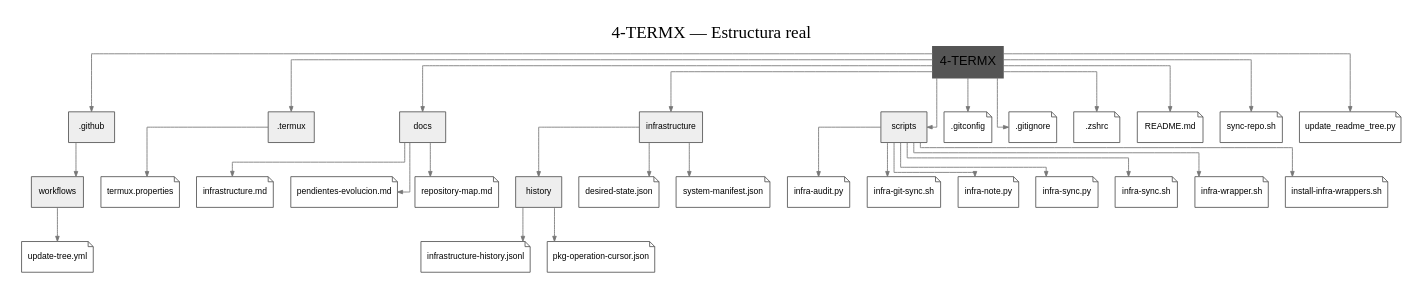
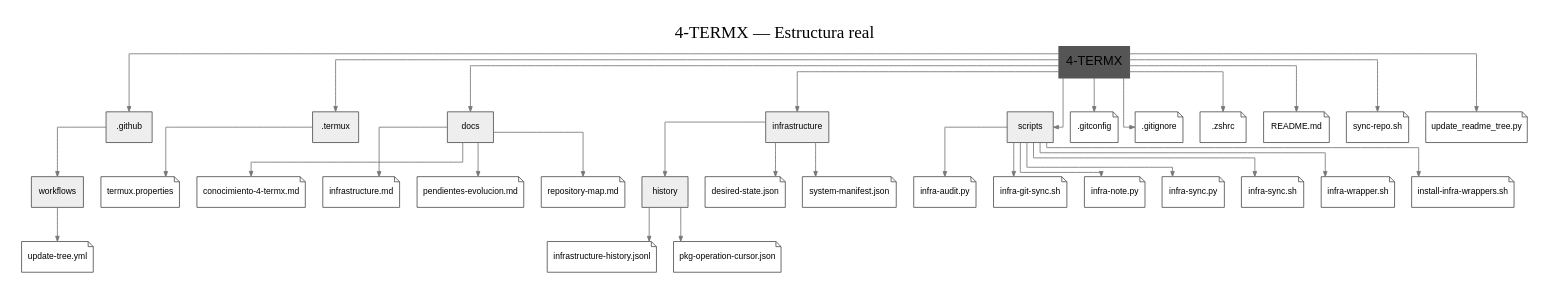
The diagram in docs/repository-structure.dot (benstellasanti/4-TERMX), drawn with Graphviz before and after one commit. The commit also changed 5 other files, not shown here.

```diff
--- a/docs/repository-structure.dot
+++ b/docs/repository-structure.dot
@@ -1,64 +1,66 @@
 digraph RepositoryStructure {
   graph [rankdir=TB, bgcolor="white", pad="0.25", nodesep="0.28", ranksep="0.55", splines=ortho, label="4-TERMX — Estructura real", labelloc=t, fontsize=20];
   node [fontname="Arial", fontsize=10, style="filled", color="#555555"];
   edge [color="#777777", arrowsize=0.6];
   root [label="4-TERMX", shape=box, style="filled,bold", fontsize=15];
   n__github [label=".github", shape=box, fillcolor="#eeeeee"];
   n__termux [label=".termux", shape=box, fillcolor="#eeeeee"];
   n_docs [label="docs", shape=box, fillcolor="#eeeeee"];
   n_infrastructure [label="infrastructure", shape=box, fillcolor="#eeeeee"];
   n_scripts [label="scripts", shape=box, fillcolor="#eeeeee"];
   n__github_workflows [label="workflows", shape=box, fillcolor="#eeeeee"];
   n_infrastructure_history [label="history", shape=box, fillcolor="#eeeeee"];
   n__gitconfig [label=".gitconfig", shape=note, fillcolor="white"];
   root -> n__gitconfig;
   n__github_workflows_update_tree_yml [label="update-tree.yml", shape=note, fillcolor="white"];
   n__github_workflows -> n__github_workflows_update_tree_yml;
   n__gitignore [label=".gitignore", shape=note, fillcolor="white"];
   root -> n__gitignore;
   n__termux_termux_properties [label="termux.properties", shape=note, fillcolor="white"];
   n__termux -> n__termux_termux_properties;
   n__zshrc [label=".zshrc", shape=note, fillcolor="white"];
   root -> n__zshrc;
   n_README_md [label="README.md", shape=note, fillcolor="white"];
   root -> n_README_md;
+  n_docs_conocimiento_4_termx_md [label="conocimiento-4-termx.md", shape=note, fillcolor="white"];
+  n_docs -> n_docs_conocimiento_4_termx_md;
   n_docs_infrastructure_md [label="infrastructure.md", shape=note, fillcolor="white"];
   n_docs -> n_docs_infrastructure_md;
   n_docs_pendientes_evolucion_md [label="pendientes-evolucion.md", shape=note, fillcolor="white"];
   n_docs -> n_docs_pendientes_evolucion_md;
   n_docs_repository_map_md [label="repository-map.md", shape=note, fillcolor="white"];
   n_docs -> n_docs_repository_map_md;
   n_infrastructure_desired_state_json [label="desired-state.json", shape=note, fillcolor="white"];
   n_infrastructure -> n_infrastructure_desired_state_json;
   n_infrastructure_history_infrastructure_history_jsonl [label="infrastructure-history.jsonl", shape=note, fillcolor="white"];
   n_infrastructure_history -> n_infrastructure_history_infrastructure_history_jsonl;
   n_infrastructure_history_pkg_operation_cursor_json [label="pkg-operation-cursor.json", shape=note, fillcolor="white"];
   n_infrastructure_history -> n_infrastructure_history_pkg_operation_cursor_json;
   n_infrastructure_system_manifest_json [label="system-manifest.json", shape=note, fillcolor="white"];
   n_infrastructure -> n_infrastructure_system_manifest_json;
   n_scripts_infra_audit_py [label="infra-audit.py", shape=note, fillcolor="white"];
   n_scripts -> n_scripts_infra_audit_py;
   n_scripts_infra_git_sync_sh [label="infra-git-sync.sh", shape=note, fillcolor="white"];
   n_scripts -> n_scripts_infra_git_sync_sh;
   n_scripts_infra_note_py [label="infra-note.py", shape=note, fillcolor="white"];
   n_scripts -> n_scripts_infra_note_py;
   n_scripts_infra_sync_py [label="infra-sync.py", shape=note, fillcolor="white"];
   n_scripts -> n_scripts_infra_sync_py;
   n_scripts_infra_sync_sh [label="infra-sync.sh", shape=note, fillcolor="white"];
   n_scripts -> n_scripts_infra_sync_sh;
   n_scripts_infra_wrapper_sh [label="infra-wrapper.sh", shape=note, fillcolor="white"];
   n_scripts -> n_scripts_infra_wrapper_sh;
   n_scripts_install_infra_wrappers_sh [label="install-infra-wrappers.sh", shape=note, fillcolor="white"];
   n_scripts -> n_scripts_install_infra_wrappers_sh;
   n_sync_repo_sh [label="sync-repo.sh", shape=note, fillcolor="white"];
   root -> n_sync_repo_sh;
   n_update_readme_tree_py [label="update_readme_tree.py", shape=note, fillcolor="white"];
   root -> n_update_readme_tree_py;
   root -> n__github;
   root -> n__termux;
   root -> n_docs;
   root -> n_infrastructure;
   root -> n_scripts;
   n__github -> n__github_workflows;
   n_infrastructure -> n_infrastructure_history;
 }
```
